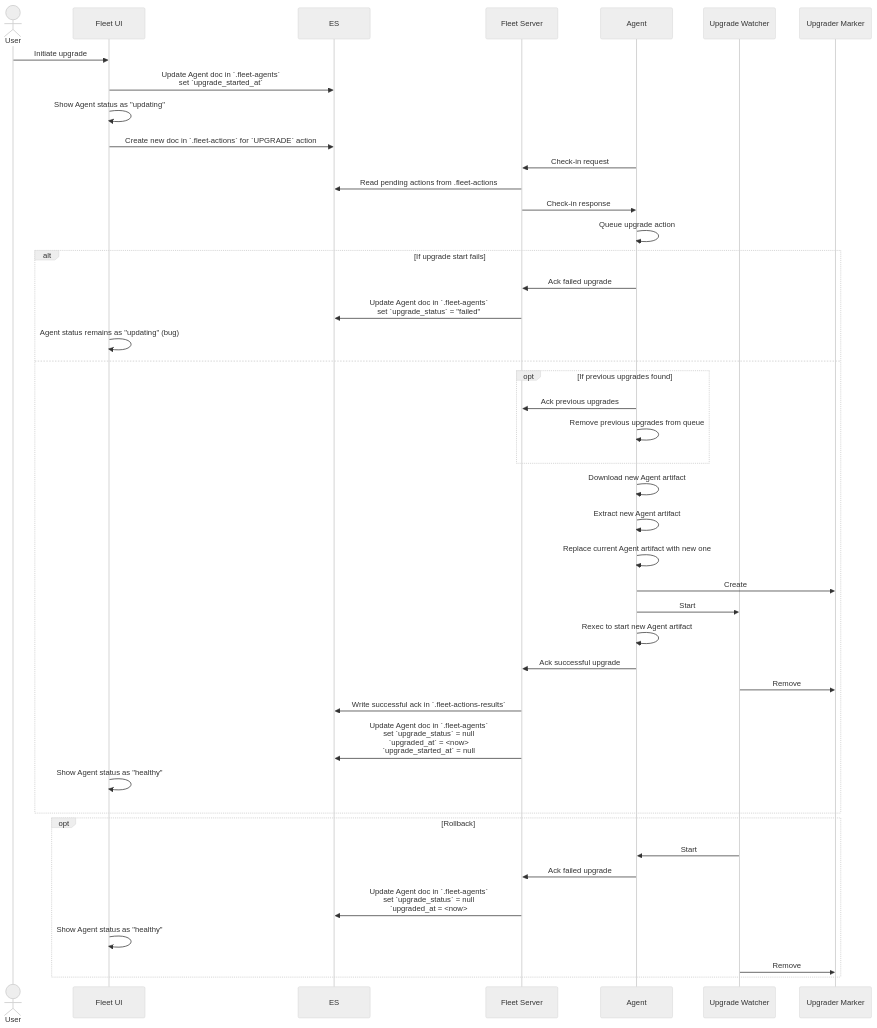
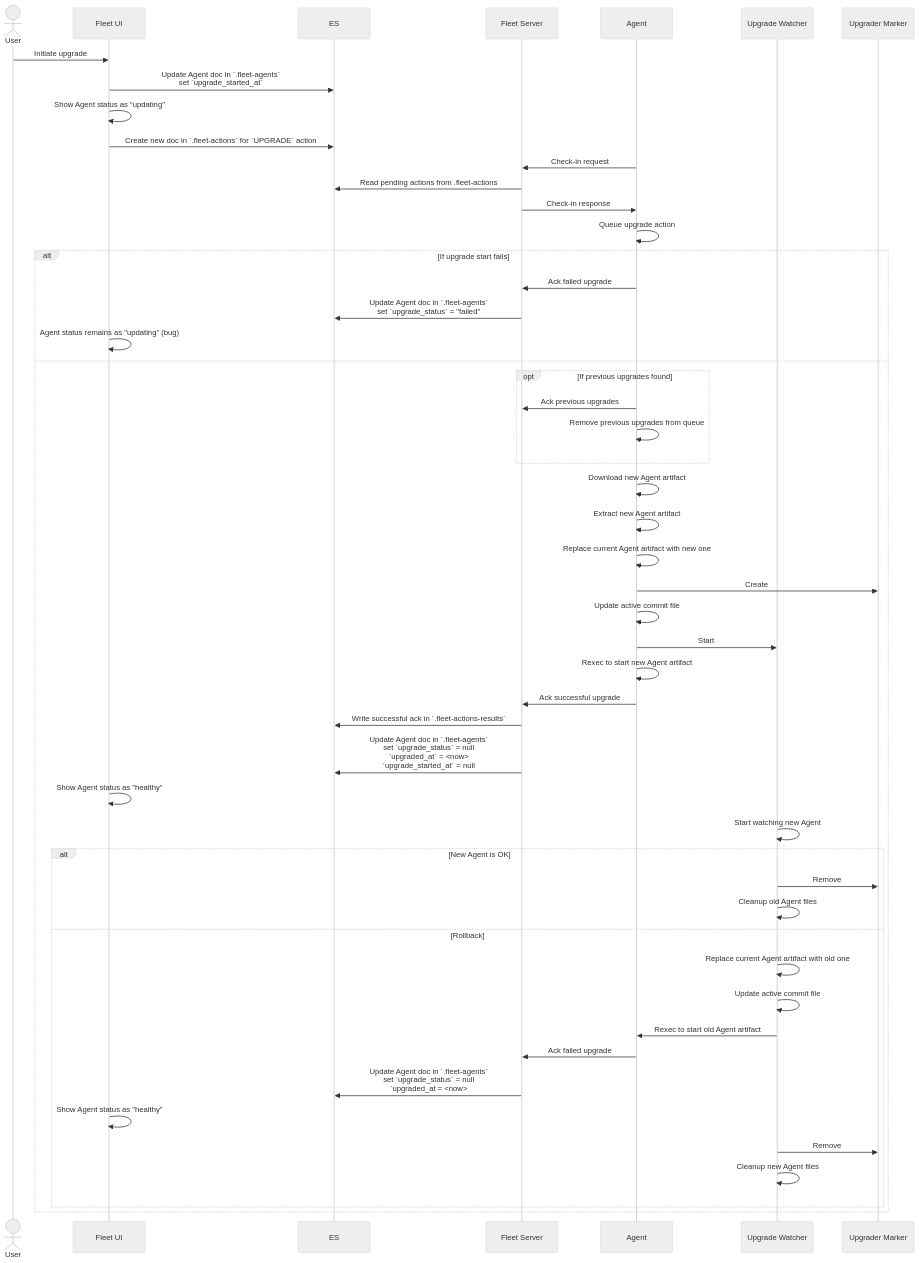
One commit to elastic/elastic-agent changed the diagram in docs/upgrades.md. Above: the diagram before and after it, drawn with Mermaid (neutral theme).

Commit message:
Add details of Upgrade Watcher interactions with Agent and upgrade marker file

````diff
--- a/docs/upgrades.md
+++ b/docs/upgrades.md
@@ -10,47 +10,54 @@
 ```mermaid
 sequenceDiagram
     actor U as User
     participant UI as Fleet UI
     participant ES
     participant FS as Fleet Server
     participant A as Agent
     participant UW as Upgrade Watcher
     participant UM as Upgrader Marker
 
     U->>UI: Initiate upgrade
     UI->>ES: Update Agent doc in `.fleet-agents`<br />set `upgrade_started_at`
     UI->>UI: Show Agent status as "updating"
     UI->>ES: Create new doc in `.fleet-actions` for `UPGRADE` action
     A->>FS: Check-in request
     FS->>ES: Read pending actions from .fleet-actions
     FS->>A: Check-in response
     A->>A: Queue upgrade action
     alt If upgrade start fails
        A->>FS: Ack failed upgrade
        FS->>ES: Update Agent doc in `.fleet-agents`<br />set `upgrade_status` = "failed"
        UI->>UI: Agent status remains as "updating" (bug)
     else
        opt If previous upgrades found
           A->>FS: Ack previous upgrades
           A->>A: Remove previous upgrades from queue
        end
        A->>A: Download new Agent artifact
        A->>A: Extract new Agent artifact
        A->>A: Replace current Agent artifact with new one
        A->>UM: Create
+       A->>A: Update active commit file
        A->>UW: Start
        A->>A: Rexec to start new Agent artifact
        A->>FS: Ack successful upgrade
-       UW->>UM: Remove
        FS->>ES: Write successful ack in `.fleet-actions-results`
        FS->>ES: Update Agent doc in `.fleet-agents`<br />set `upgrade_status` = null<br />`upgraded_at` = <now><br />`upgrade_started_at` = null
        UI->>UI: Show Agent status as "healthy"
-   end
-   opt Rollback
-       UW->>A: Start
-       A->>FS: Ack failed upgrade
-       FS->>ES: Update Agent doc in `.fleet-agents`<br />set `upgrade_status` = null<br />`upgraded_at = <now>
-       UI->>UI: Show Agent status as "healthy"
-       UW->>UM: Remove
-   end
+       UW->>UW: Start watching new Agent
+       alt New Agent is OK
+         UW->>UM: Remove
+         UW->>UW: Cleanup old Agent files
+       else Rollback
+         UW->>UW: Replace current Agent artifact with old one
+         UW->>UW: Update active commit file
+         UW->>A: Rexec to start old Agent artifact
+         A->>FS: Ack failed upgrade
+         FS->>ES: Update Agent doc in `.fleet-agents`<br />set `upgrade_status` = null<br />`upgraded_at = <now>
+         UI->>UI: Show Agent status as "healthy"
+         UW->>UM: Remove
+         UW->>UW: Cleanup new Agent files
+       end
+    end
 ```
````
